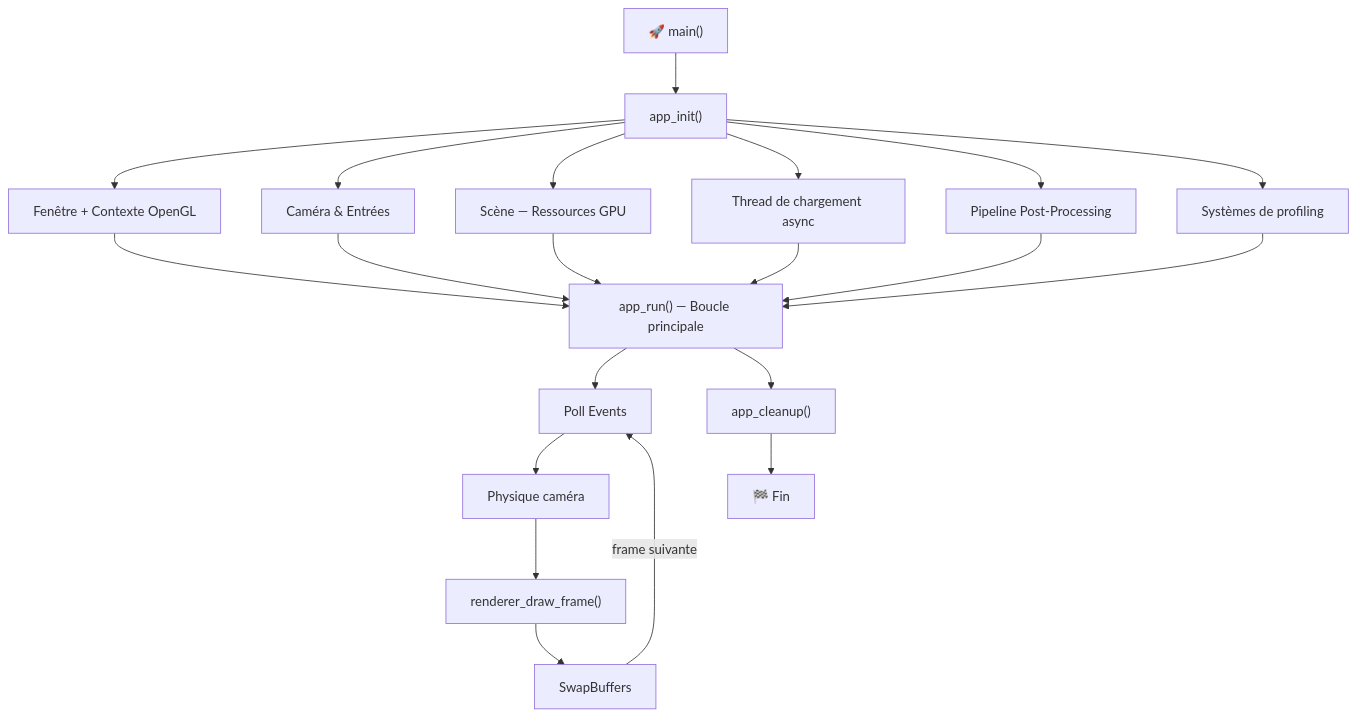
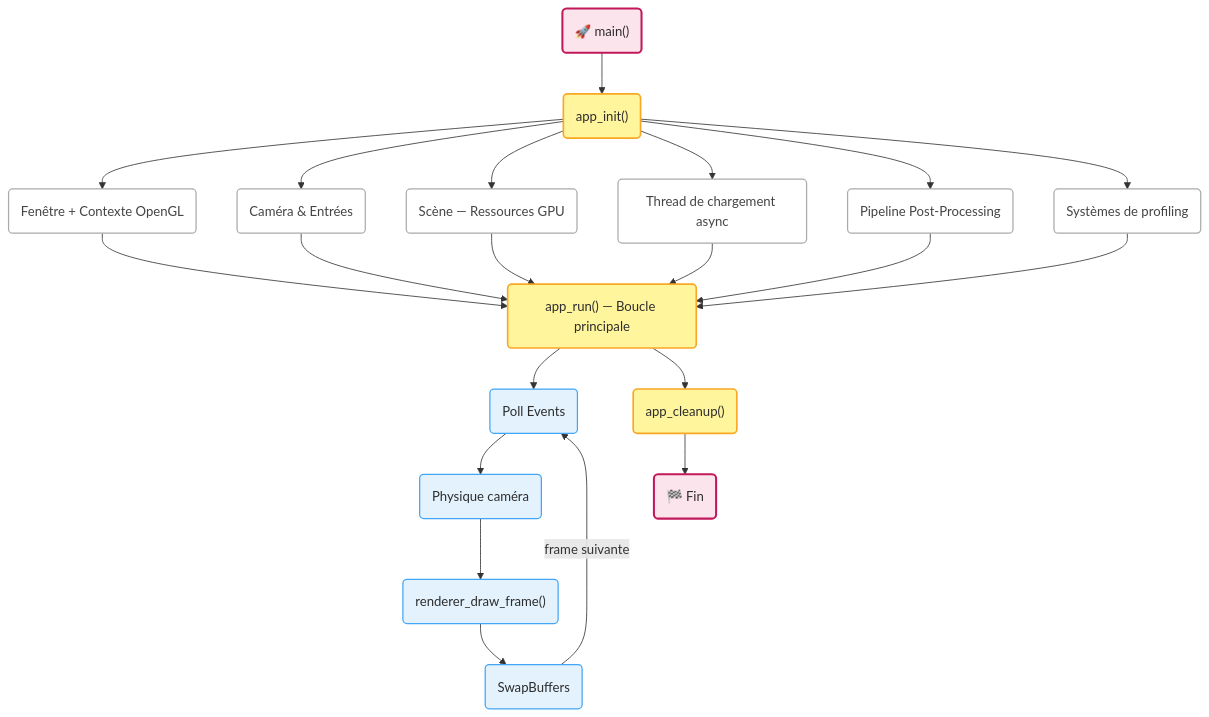
The first of 17 diagrams in content/suckless-ogl-anatomie-frame.md (yoyonel/blog_source), drawn with Mermaid before and after one commit. The commit also changed other lines of this file and 4 other files, not shown here.

First line of the commit message:
refactor(mermaid): hand-drawn style + forced light mode for all browsers

```diff
--- a/content/suckless-ogl-anatomie-frame.md
+++ b/content/suckless-ogl-anatomie-frame.md
@@ -89,18 +89,28 @@
 <pre class="mermaid">
 graph TD
-    A["🚀 main()"] --> B["app_init()"]
-    B --> B1["Fenêtre + Contexte OpenGL"]
-    B --> B2["Caméra & Entrées"]
-    B --> B3["Scène — Ressources GPU"]
-    B --> B4["Thread de chargement async"]
-    B --> B5["Pipeline Post-Processing"]
-    B --> B6["Systèmes de profiling"]
-    B1 & B2 & B3 & B4 & B5 & B6 --> C["app_run() — Boucle principale"]
-    C --> C1["Poll Events"]
-    C1 --> C2["Physique caméra"]
-    C2 --> C3["renderer_draw_frame()"]
-    C3 --> C4["SwapBuffers"]
+    A("🚀 main()") --> B("app_init()")
+    B --> B1("Fenêtre + Contexte OpenGL")
+    B --> B2("Caméra & Entrées")
+    B --> B3("Scène — Ressources GPU")
+    B --> B4("Thread de chargement async")
+    B --> B5("Pipeline Post-Processing")
+    B --> B6("Systèmes de profiling")
+    B1 & B2 & B3 & B4 & B5 & B6 --> C("app_run() — Boucle principale")
+    C --> C1("Poll Events")
+    C1 --> C2("Physique caméra")
+    C2 --> C3("renderer_draw_frame()")
+    C3 --> C4("SwapBuffers")
     C4 -->|"frame suivante"| C1
-    C --> D["app_cleanup()"]
-    D --> E["🏁 Fin"]
+    C --> D("app_cleanup()")
+    D --> E("🏁 Fin")
+
+    classDef entryExit fill:#fce4ec,stroke:#c2185b,stroke-width:2.5px,color:#2d2d2d
+    classDef keyFunc fill:#fff59d,stroke:#f9a825,stroke-width:2px,color:#2d2d2d
+    classDef subsystem fill:#ffffff,stroke:#aaaaaa,stroke-width:1.5px,color:#444444
+    classDef loopNode fill:#e3f2fd,stroke:#42a5f5,stroke-width:1.5px,color:#2d2d2d
+
+    class A,E entryExit
+    class B,C,D keyFunc
+    class B1,B2,B3,B4,B5,B6 subsystem
+    class C1,C2,C3,C4 loopNode
 </pre>
```
